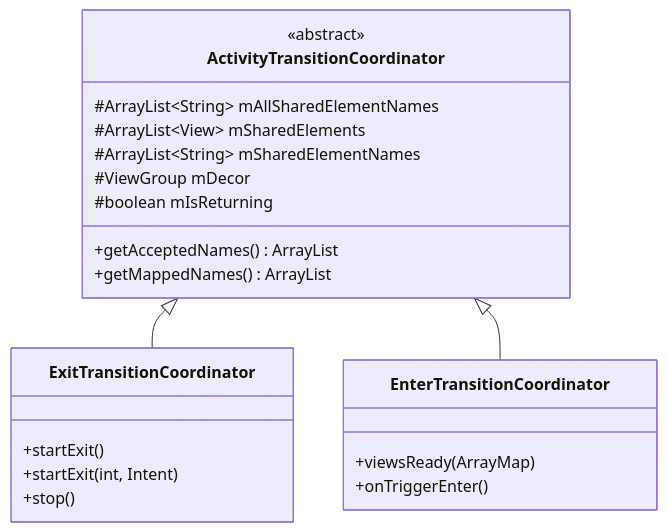
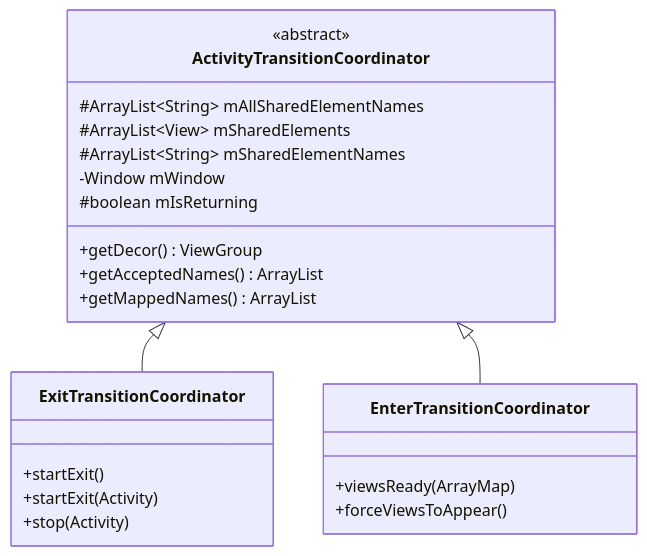
Before and after one commit to aospbooks/aosp-internal-book: diagram 19 of 47 in 14-animation-system.md, drawn with Mermaid. The commit also changed other lines of this file and 218 other files, not shown here.

````diff
--- a/14-animation-system.md
+++ b/14-animation-system.md
@@ -1956,25 +1981,26 @@
 ```mermaid
 classDiagram
     class ActivityTransitionCoordinator {
         <<abstract>>
         #ArrayList~String~ mAllSharedElementNames
         #ArrayList~View~ mSharedElements
         #ArrayList~String~ mSharedElementNames
-        #ViewGroup mDecor
+        -Window mWindow
         #boolean mIsReturning
+        +getDecor() ViewGroup
         +getAcceptedNames() ArrayList
         +getMappedNames() ArrayList
     }
     class ExitTransitionCoordinator {
         +startExit()
-        +startExit(int, Intent)
-        +stop()
+        +startExit(Activity)
+        +stop(Activity)
     }
     class EnterTransitionCoordinator {
         +viewsReady(ArrayMap)
-        +onTriggerEnter()
+        +forceViewsToAppear()
     }
 
     ActivityTransitionCoordinator <|-- ExitTransitionCoordinator
     ActivityTransitionCoordinator <|-- EnterTransitionCoordinator
 ```
````
